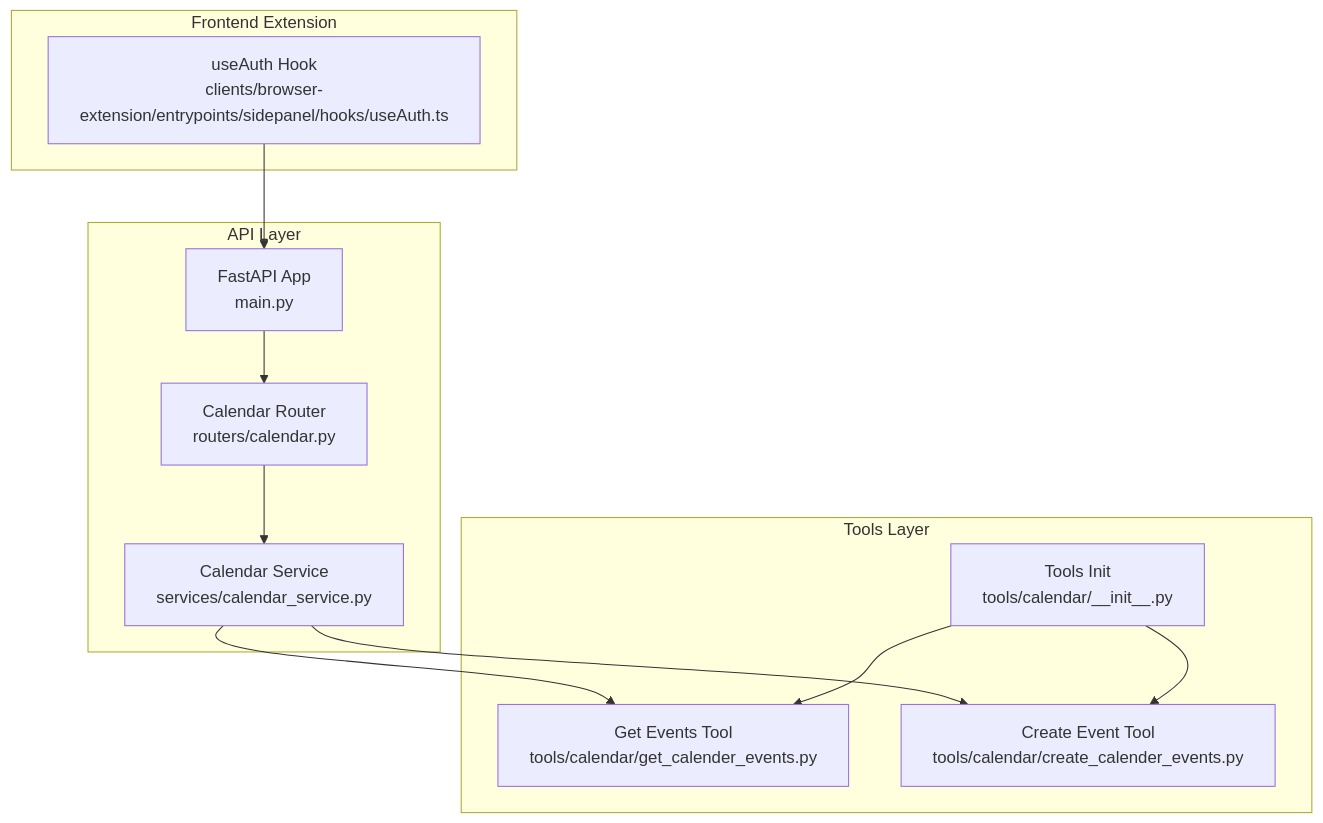
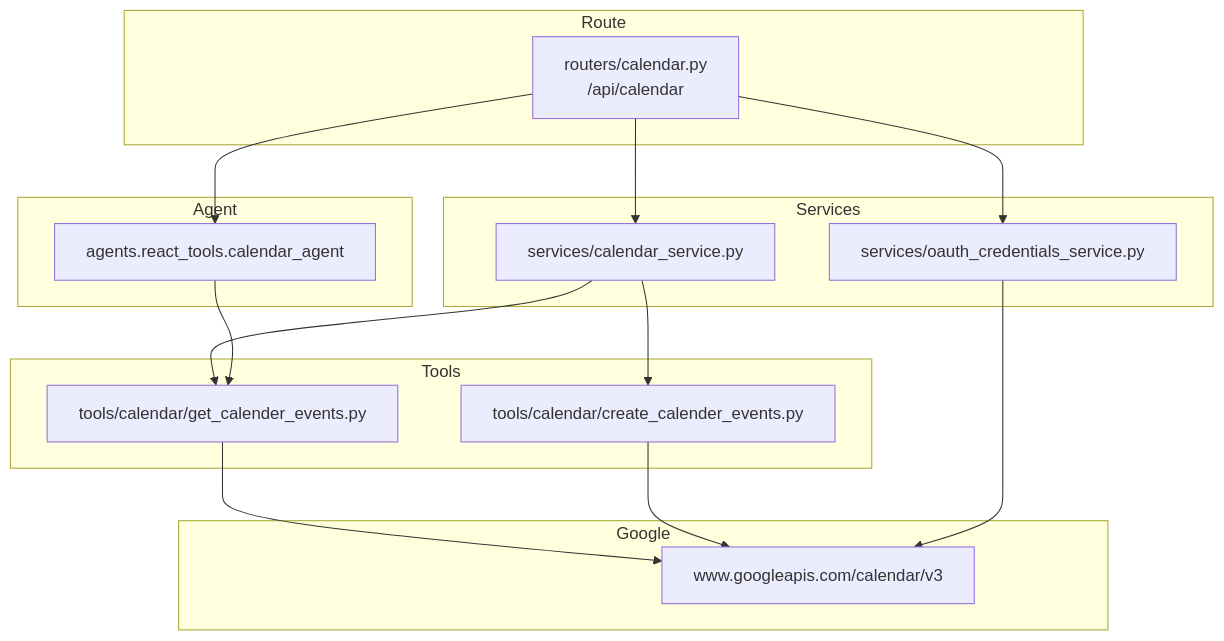
The first of 6 diagrams in src/data/docs/agentic-browser/API Server/Calendar Integration API.md (tashifkhan/tashif.codes), drawn with Mermaid before and after one commit. The commit also changed other lines of this file and 114 other files, not shown here.

````diff
--- a/src/data/docs/agentic-browser/API Server/Calendar Integration API.md
+++ b/src/data/docs/agentic-browser/API Server/Calendar Integration API.md
@@ -9,23 +16,29 @@
 ```mermaid
 graph TB
-subgraph "API Layer"
-A["FastAPI App<br/>main.py"]
-R["Calendar Router<br/>routers/calendar.py"]
-S["Calendar Service<br/>services/calendar_service.py"]
-end
-subgraph "Tools Layer"
-T1["Get Events Tool<br/>tools/calendar/get_calender_events.py"]
-T2["Create Event Tool<br/>tools/calendar/create_calender_events.py"]
-TI["Tools Init<br/>tools/calendar/__init__.py"]
-end
-subgraph "Frontend Extension"
-E["useAuth Hook<br/>clients/browser-extension/entrypoints/sidepanel/hooks/useAuth.ts"]
-end
-A --> R
-R --> S
-S --> T1
-S --> T2
-TI --> T1
-TI --> T2
-E --> A
+  subgraph "Route"
+    CAL["routers/calendar.py<br/>/api/calendar"]
+  end
+  subgraph "Services"
+    CALS["services/calendar_service.py"]
+    OC["services/oauth_credentials_service.py"]
+  end
+  subgraph "Agent"
+    CAA["agents.react_tools.calendar_agent"]
+  end
+  subgraph "Tools"
+    GE["tools/calendar/get_calender_events.py"]
+    CE["tools/calendar/create_calender_events.py"]
+  end
+  subgraph "Google"
+    API["www.googleapis.com/calendar/v3"]
+  end
+  CAL --> CALS
+  CAL --> CAA
+  CAL --> OC
+  CALS --> GE
+  CALS --> CE
+  CAA --> GE
+  GE --> API
+  CE --> API
+  OC --> API
 ```
````
